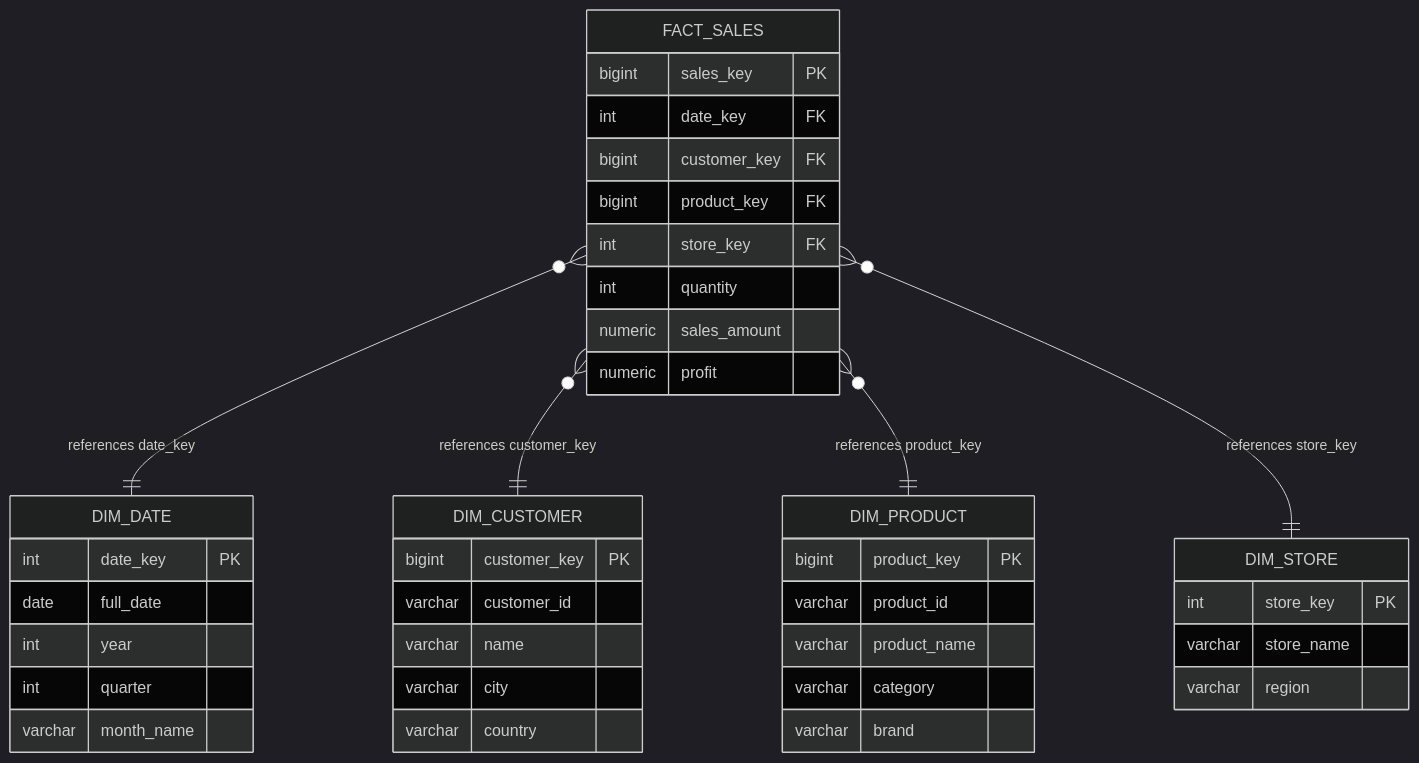
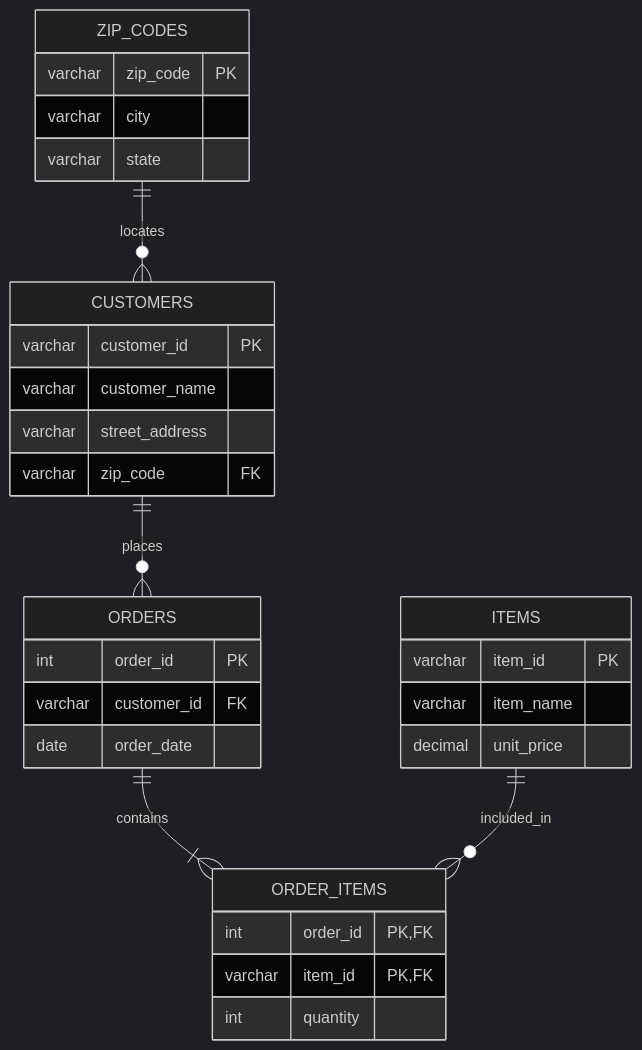
Before and after one commit to joydeep-biswas/Interview-Preparation: diagram 12 of 30 in Data Engineering/06_data_architecture_and_modeling.md, drawn with Mermaid. The commit also changed other lines of this file and 143 other files, not shown here.

````diff
--- a/Data Engineering/06_data_architecture_and_modeling.md
+++ b/Data Engineering/06_data_architecture_and_modeling.md
@@ -579,45 +687,39 @@
 ```mermaid
 %%{init: {'theme': 'dark', 'themeVariables': { 'attributeBackgroundColorOdd': '#1e293b', 'attributeBackgroundColorEven': '#0f172a', 'entityBackgroundColor': '#1e293b', 'entityBorderColor': '#3b82f6', 'entityTextColor': '#ffffff' }}}%%
 erDiagram
-    FACT_SALES }o--|| DIM_DATE : "references date_key"
-    FACT_SALES }o--|| DIM_CUSTOMER : "references customer_key"
-    FACT_SALES }o--|| DIM_PRODUCT : "references product_key"
-    FACT_SALES }o--|| DIM_STORE : "references store_key"
+    ZIP_CODES ||--o{ CUSTOMERS : "locates"
+    CUSTOMERS ||--o{ ORDERS : "places"
+    ORDERS ||--|{ ORDER_ITEMS : "contains"
+    ITEMS ||--o{ ORDER_ITEMS : "included_in"
 
-    FACT_SALES {
-        bigint sales_key PK
-        int date_key FK
-        bigint customer_key FK
-        bigint product_key FK
-        int store_key FK
+    ZIP_CODES {
+        varchar zip_code PK
+        varchar city
+        varchar state
+    }
+
+    CUSTOMERS {
+        varchar customer_id PK
+        varchar customer_name
+        varchar street_address
+        varchar zip_code FK
+    }
+
+    ORDERS {
+        int order_id PK
+        varchar customer_id FK
+        date order_date
+    }
+
+    ORDER_ITEMS {
+        int order_id PK, FK
+        varchar item_id PK, FK
         int quantity
-        numeric sales_amount
-        numeric profit
     }
-    DIM_DATE {
-        int date_key PK
-        date full_date
-        int year
-        int quarter
-        varchar month_name
-    }
-    DIM_CUSTOMER {
-        bigint customer_key PK
-        varchar customer_id
-        varchar name
-        varchar city
-        varchar country
-    }
-    DIM_PRODUCT {
-        bigint product_key PK
-        varchar product_id
-        varchar product_name
-        varchar category
-        varchar brand
-    }
-    DIM_STORE {
-        int store_key PK
-        varchar store_name
-        varchar region
+
+    ITEMS {
+        varchar item_id PK
+        varchar item_name
+        decimal unit_price
     }
 ```
````
